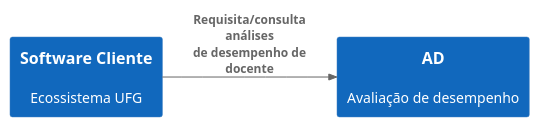
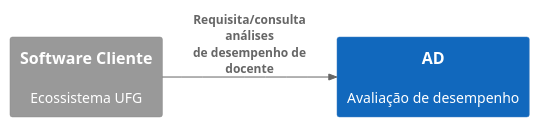
The diagram in documentacao/diagramas/c4-context.puml (kyriosdata/docente-inf), drawn with PlantUML before and after one commit.

```diff
--- a/documentacao/diagramas/c4-context.puml
+++ b/documentacao/diagramas/c4-context.puml
@@ -1,16 +1,16 @@
 @startuml c4-contexto-original
 
 !include https://raw.githubusercontent.com/plantuml-stdlib/C4-PlantUML/master/C4_Context.puml
 
 left to right direction
 
 HIDE_STEREOTYPE()
 SHOW_PERSON_OUTLINE()
 
 System(docente, "AD", "Avaliação de desempenho")
 
-System(usuario, "Software Cliente", "Ecossistema UFG")
+System_Ext(usuario, "Software Cliente", "Ecossistema UFG")
 
 Rel(usuario, docente, "Requisita/consulta análises\nde desempenho de docente", "")
 
 @enduml
```
